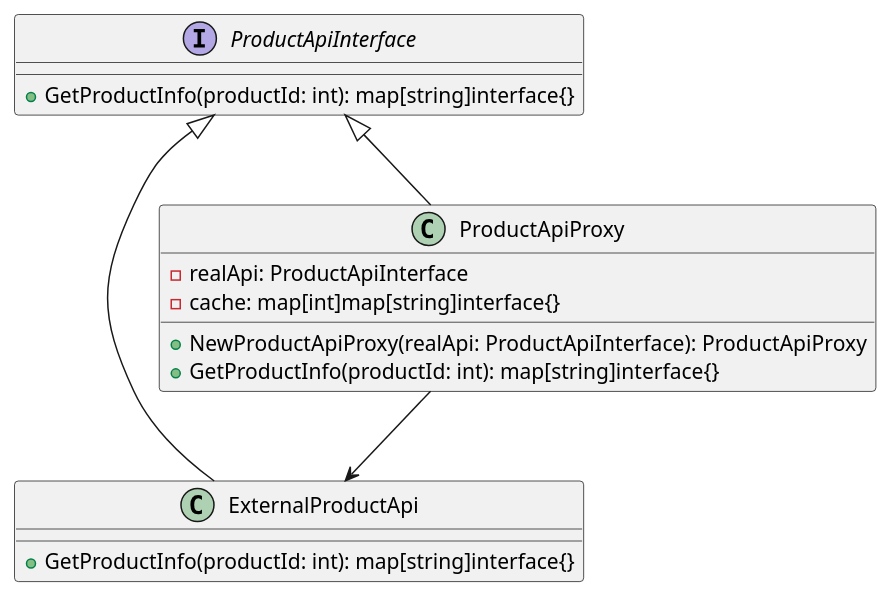
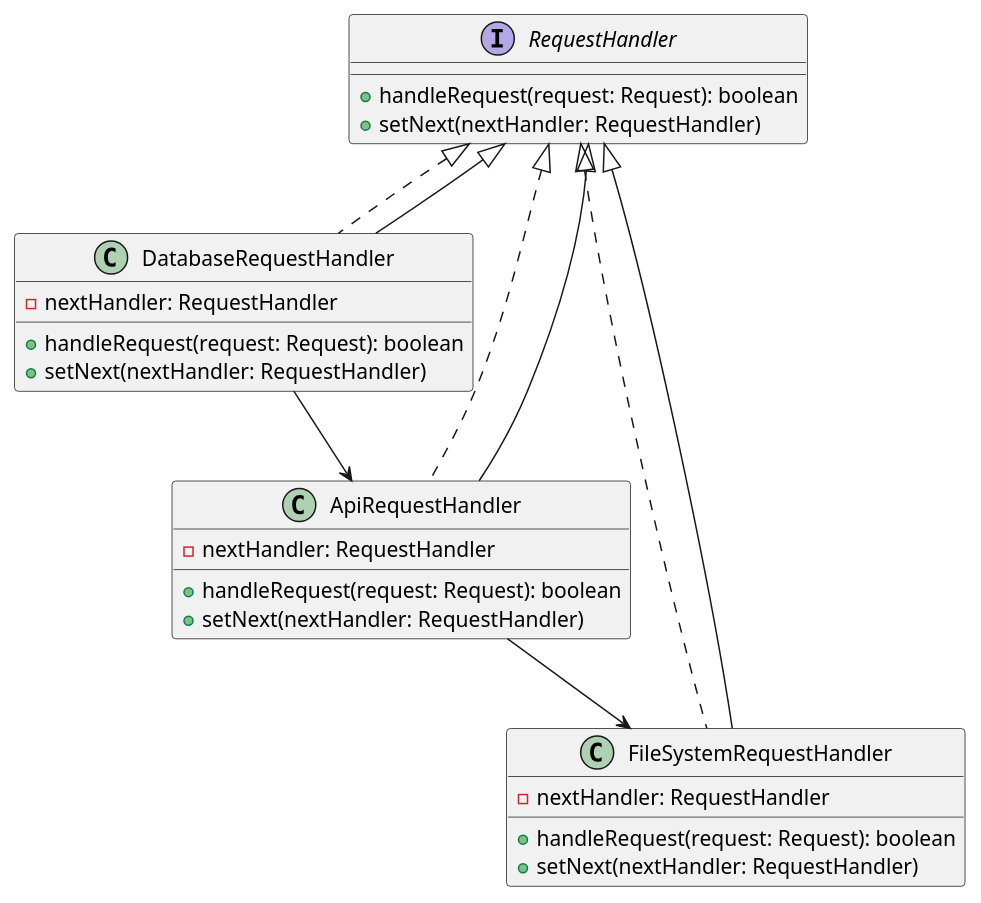
One commit to andrewovchinnikov/design-patterns changed the diagram in klassifikaciya-patternov/povedencheskie-patterny-behavioral-patterns/cepochka-obyazannostei-chain-of-responsibility/primery/marshrutizaciya-zaprosov-v-mikroservisnoi-arkhitekture/go.md. Above: the diagram before and after it, drawn with PlantUML. The commit also changed other lines of this file and 80 other files, not shown here.

````diff
--- a/klassifikaciya-patternov/povedencheskie-patterny-behavioral-patterns/cepochka-obyazannostei-chain-of-responsibility/primery/marshrutizaciya-zaprosov-v-mikroservisnoi-arkhitekture/go.md
+++ b/klassifikaciya-patternov/povedencheskie-patterny-behavioral-patterns/cepochka-obyazannostei-chain-of-responsibility/primery/marshrutizaciya-zaprosov-v-mikroservisnoi-arkhitekture/go.md
@@ -110,23 +14,32 @@
 ```plantuml
 @startuml
-interface ProductApiInterface {
-    +GetProductInfo(productId: int): map[string]interface{}
+interface RequestHandler {
+    +handleRequest(request: Request): boolean
+    +setNext(nextHandler: RequestHandler)
 }
 
-class ExternalProductApi {
-    +GetProductInfo(productId: int): map[string]interface{}
+class DatabaseRequestHandler implements RequestHandler {
+    -nextHandler: RequestHandler
+    +handleRequest(request: Request): boolean
+    +setNext(nextHandler: RequestHandler)
 }
 
-class ProductApiProxy {
-    -realApi: ProductApiInterface
-    -cache: map[int]map[string]interface{}
-    +NewProductApiProxy(realApi: ProductApiInterface): ProductApiProxy
-    +GetProductInfo(productId: int): map[string]interface{}
+class ApiRequestHandler implements RequestHandler {
+    -nextHandler: RequestHandler
+    +handleRequest(request: Request): boolean
+    +setNext(nextHandler: RequestHandler)
 }
 
-ProductApiInterface <|-- ExternalProductApi
-ProductApiInterface <|-- ProductApiProxy
-ProductApiProxy --> ExternalProductApi
+class FileSystemRequestHandler implements RequestHandler {
+    -nextHandler: RequestHandler
+    +handleRequest(request: Request): boolean
+    +setNext(nextHandler: RequestHandler)
+}
 
+RequestHandler <|-- DatabaseRequestHandler
+RequestHandler <|-- ApiRequestHandler
+RequestHandler <|-- FileSystemRequestHandler
+DatabaseRequestHandler --> ApiRequestHandler
+ApiRequestHandler --> FileSystemRequestHandler
 @enduml
 ```
````
